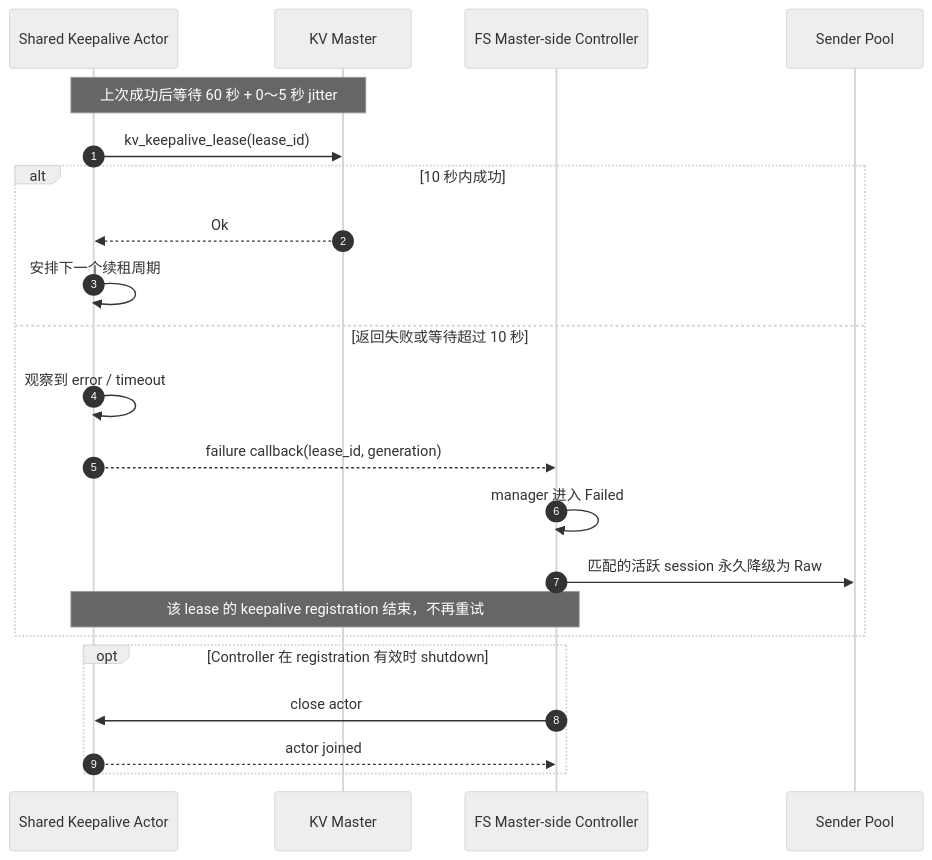
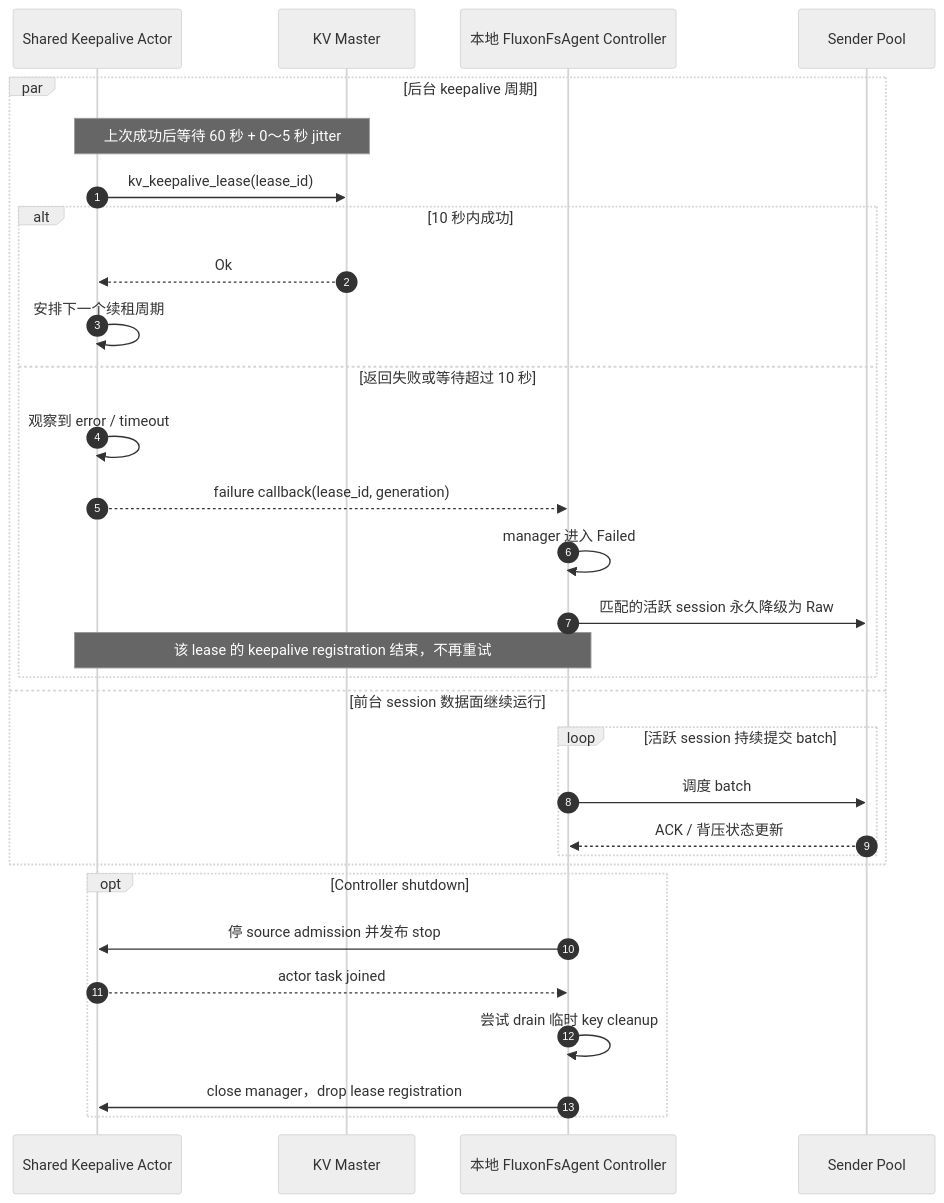
Diagram 13 of 20 in fluxon_doc_cn/design/fs_s3_1_混合写入链路.md (Tele-AI/Fluxon), drawn with Mermaid (neutral theme) before and after one commit. The commit also changed other lines of this file and 6 other files, not shown here.

````diff
--- a/fluxon_doc_cn/design/fs_s3_1_混合写入链路.md
+++ b/fluxon_doc_cn/design/fs_s3_1_混合写入链路.md
@@ -562,25 +779,34 @@
 ```mermaid
 sequenceDiagram
     autonumber
     participant K as Shared Keepalive Actor
     participant M as KV Master
-    participant C as FS Master-side Controller
+    participant C as 本地 FluxonFsAgent Controller
     participant S as Sender Pool
 
-    Note over K,M: 上次成功后等待 60 秒 + 0～5 秒 jitter
-    K->>M: kv_keepalive_lease(lease_id)
-    alt 10 秒内成功
-        M-->>K: Ok
-        K->>K: 安排下一个续租周期
-    else 返回失败或等待超过 10 秒
-        K->>K: 观察到 error / timeout
-        K-->>C: failure callback(lease_id, generation)
-        C->>C: manager 进入 Failed
-        C->>S: 匹配的活跃 session 永久降级为 Raw
-        Note over K,C: 该 lease 的 keepalive registration 结束，不再重试
+    par 后台 keepalive 周期
+        Note over K,M: 上次成功后等待 60 秒 + 0～5 秒 jitter
+        K->>M: kv_keepalive_lease(lease_id)
+        alt 10 秒内成功
+            M-->>K: Ok
+            K->>K: 安排下一个续租周期
+        else 返回失败或等待超过 10 秒
+            K->>K: 观察到 error / timeout
+            K-->>C: failure callback(lease_id, generation)
+            C->>C: manager 进入 Failed
+            C->>S: 匹配的活跃 session 永久降级为 Raw
+            Note over K,C: 该 lease 的 keepalive registration 结束，不再重试
+        end
+    and 前台 session 数据面继续运行
+        loop 活跃 session 持续提交 batch
+            C->>S: 调度 batch
+            S-->>C: ACK / 背压状态更新
+        end
     end
-    opt Controller 在 registration 有效时 shutdown
-        C->>K: close actor
-        K-->>C: actor joined
+    opt Controller shutdown
+        C->>K: 停 source admission 并发布 stop
+        K-->>C: actor task joined
+        C->>C: 尝试 drain 临时 key cleanup
+        C->>K: close manager，drop lease registration
     end
 ```
````
